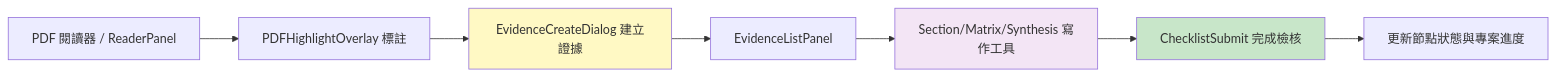
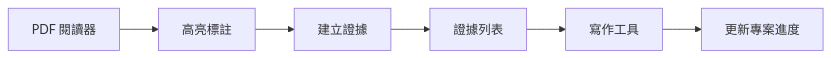
Before and after one commit to Bighsueh/thesisflow: the fourth of 4 diagrams in docs/SITE_MAP.md, drawn with Mermaid. The commit also changed other lines of this file and 11 other files, not shown here.

````diff
--- a/docs/SITE_MAP.md
+++ b/docs/SITE_MAP.md
@@ -288,13 +282,8 @@
 ```mermaid
 graph LR
-    Read[PDF 閱讀器 / ReaderPanel] --> Highlight[PDFHighlightOverlay 標註]
-    Highlight --> EvidenceDialog[EvidenceCreateDialog 建立證據]
-    EvidenceDialog --> EvidenceList[EvidenceListPanel]
-    EvidenceList --> Writers[Section/Matrix/Synthesis 寫作工具]
-    Writers --> Checklist[ChecklistSubmit 完成檢核]
-    Checklist --> Progress[更新節點狀態與專案進度]
-
-    style EvidenceDialog fill:#fff9c4
-    style Writers fill:#f3e5f5
-    style Checklist fill:#c8e6c9
+    Read[PDF 閱讀器] --> Highlight[高亮標註]
+    Highlight --> EvidenceDialog[建立證據]
+    EvidenceDialog --> EvidenceList[證據列表]
+    EvidenceList --> Writers[寫作工具]
+    Writers --> Progress[更新專案進度]
 ```
````
